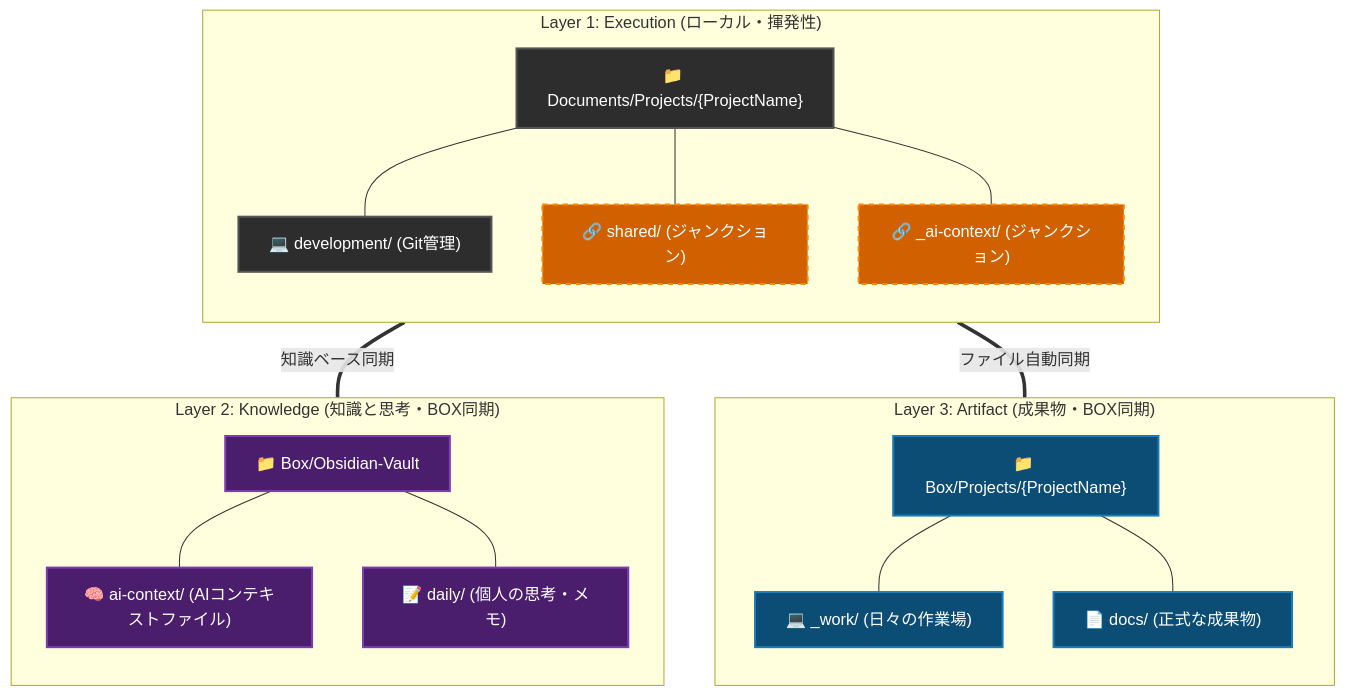
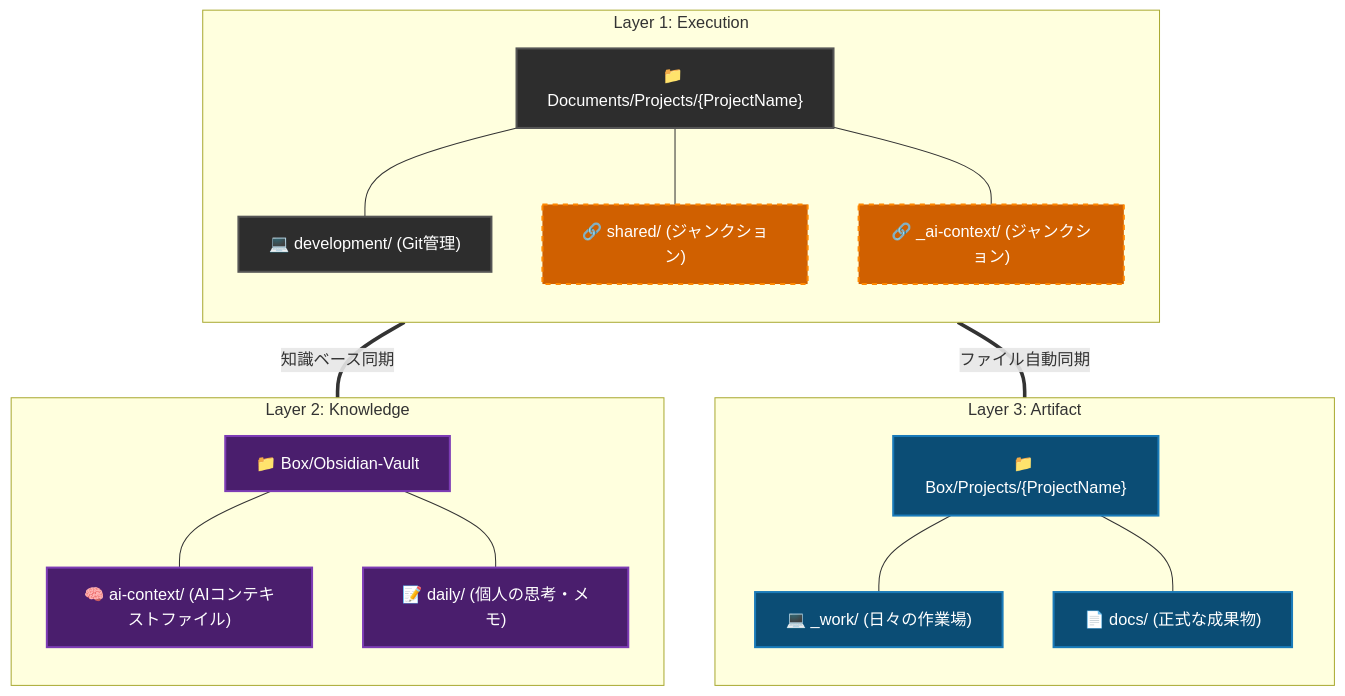
The first of 2 diagrams in README-ja.md (yt3trees/ai-collab-folder-structure), drawn with Mermaid before and after one commit. The commit also changed 1 other file, not shown here.

````diff
--- a/README-ja.md
+++ b/README-ja.md
@@ -17,46 +17,46 @@
 ```mermaid
-graph TD
+flowchart TD
     %% Define styles
     classDef local fill:#2d2d2d,stroke:#555,stroke-width:2px,color:#fff
     classDef box fill:#0b4d75,stroke:#1a7BB9,stroke-width:2px,color:#fff
     classDef obs fill:#4a1e6d,stroke:#7D3CB5,stroke-width:2px,color:#fff
     classDef junction fill:#d06000,stroke:#ff8800,stroke-width:2px,stroke-dasharray: 5 5,color:#fff
 
-    subgraph L1 ["Layer 1: Execution (ローカル・揮発性)"]
+    subgraph L1 ["Layer 1: Execution"]
         direction TB
         LocalProj["📁 Documents/Projects/{ProjectName}"]:::local
         Dev["💻 development/ (Git管理)"]:::local
         
         %% Junctions
         JuncShared["🔗 shared/ (ジャンクション)"]:::junction
         JuncCtx["🔗 _ai-context/ (ジャンクション)"]:::junction
         
         LocalProj --- Dev
         LocalProj --- JuncShared
         LocalProj --- JuncCtx
     end
 
-    subgraph L3 ["Layer 3: Artifact (成果物・BOX同期)"]
+    subgraph L3 ["Layer 3: Artifact"]
         direction TB
         BoxProj["📁 Box/Projects/{ProjectName}"]:::box
         Work["💻 _work/ (日々の作業場)"]:::box
         Docs["📄 docs/ (正式な成果物)"]:::box
         
         BoxProj --- Work
         BoxProj --- Docs
     end
 
-    subgraph L2 ["Layer 2: Knowledge (知識と思考・BOX同期)"]
+    subgraph L2 ["Layer 2: Knowledge"]
         direction TB
         ObsVault["📁 Box/Obsidian-Vault"]:::obs
         AiCtx["🧠 ai-context/ (AIコンテキストファイル)"]:::obs
         Daily["📝 daily/ (個人の思考・メモ)"]:::obs
         
         ObsVault --- AiCtx
         ObsVault --- Daily
     end
 
     %% Links
     JuncShared == ファイル自動同期 === BoxProj
     JuncCtx == 知識ベース同期 === ObsVault
 ```
````
